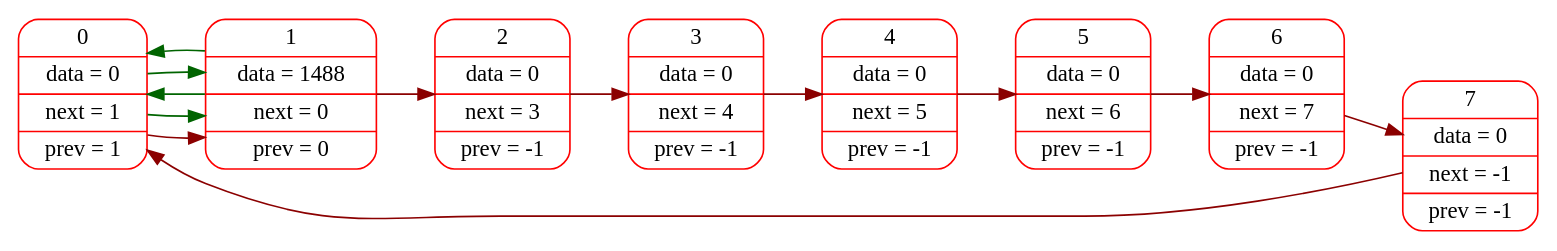
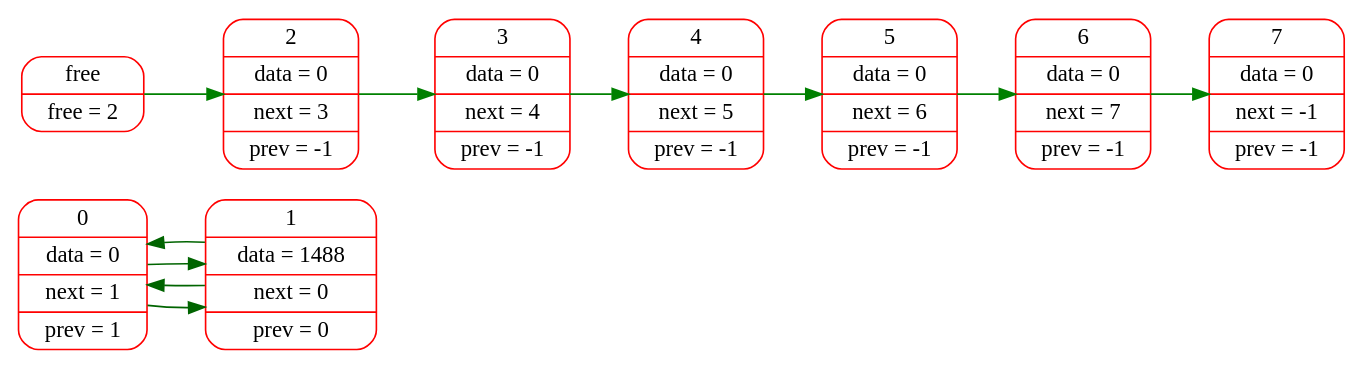
One commit to sevaphasol/list changed the diagram in logs/dot_files/001.dot. Above: the diagram before and after it, drawn with Graphviz. The commit also changed 21 other files, not shown here.

```diff
--- a/logs/dot_files/001.dot
+++ b/logs/dot_files/001.dot
@@ -1,18 +1,19 @@
 digraph G{
 rankdir=LR;
 node[color="red",fontsize=14];
 elem0[shape="Mrecord", label="0 | data = 0 | next = 1 | prev = 1"];
 elem1[shape="Mrecord", label="1 | data = 1488 | next = 0 | prev = 0"];
-elem2[shape="Mrecord", label="2 | data = 0 | next = 3 | prev = -1"];
-elem3[shape="Mrecord", label="3 | data = 0 | next = 4 | prev = -1"];
-elem4[shape="Mrecord", label="4 | data = 0 | next = 5 | prev = -1"];
-elem5[shape="Mrecord", label="5 | data = 0 | next = 6 | prev = -1"];
-elem6[shape="Mrecord", label="6 | data = 0 | next = 7 | prev = -1"];
-elem7[shape="Mrecord", label="7 | data = 0 | next = -1 | prev = -1"];
-edge[color="darkred",fontsize=12, penwidth=1, weight=1000];
-elem0->elem1->elem2->elem3->elem4->elem5->elem6->elem7->elem0;
 edge[color="darkgreen",fontsize=12, penwidth=1];
 elem0->elem1->elem0;
 edge[color="darkgreen",fontsize=12, penwidth=1];
 elem0->elem1->elem0;
+free[shape="Mrecord", label="free | free = 2"];
+free_elem2[shape="Mrecord", label="2 | data = 0 | next = 3 | prev = -1"];
+free_elem3[shape="Mrecord", label="3 | data = 0 | next = 4 | prev = -1"];
+free_elem4[shape="Mrecord", label="4 | data = 0 | next = 5 | prev = -1"];
+free_elem5[shape="Mrecord", label="5 | data = 0 | next = 6 | prev = -1"];
+free_elem6[shape="Mrecord", label="6 | data = 0 | next = 7 | prev = -1"];
+free_elem7[shape="Mrecord", label="7 | data = 0 | next = -1 | prev = -1"];
+edge[color="green",fontsize=12, penwidth=1];
+free->free_elem2->free_elem3->free_elem4->free_elem5->free_elem6->free_elem7;
 }
```
